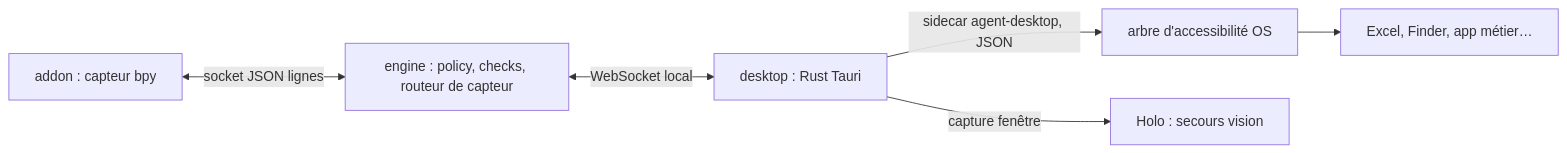
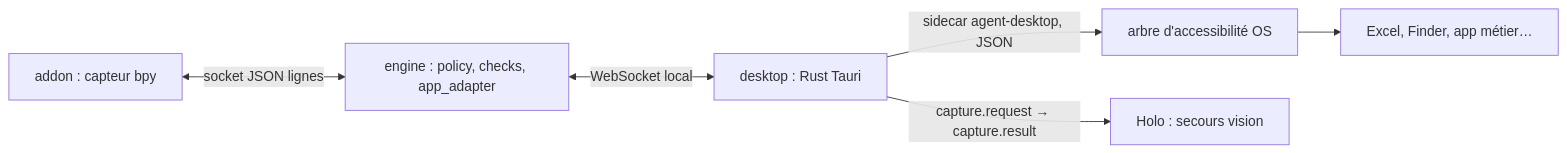
One commit to talal95c/Hcompany-Hack changed the diagram in docs/architecture/accessibilite-native.md. Above: the diagram before and after it, drawn with Mermaid. The commit also changed other lines of this file and 2 other files, not shown here.

Commit message:
docs: aligner la proposition accessibilité native sur TargetAdapter et capture.request

````diff
--- a/docs/architecture/accessibilite-native.md
+++ b/docs/architecture/accessibilite-native.md
@@ -33,8 +33,8 @@
 ```mermaid
 flowchart LR
- Engine[engine : policy, checks, routeur de capteur] <-->|WebSocket local| Desktop[desktop : Rust Tauri]
+ Engine[engine : policy, checks, app_adapter] <-->|WebSocket local| Desktop[desktop : Rust Tauri]
  Desktop -->|sidecar agent-desktop, JSON| A11y[arbre d'accessibilité OS]
- Desktop -->|capture fenêtre| Holo[Holo : secours vision]
+ Desktop -->|capture.request → capture.result| Holo[Holo : secours vision]
  Blender[addon : capteur bpy] <-->|socket JSON lignes| Engine
  A11y --> App[Excel, Finder, app métier…]
 ```
````
